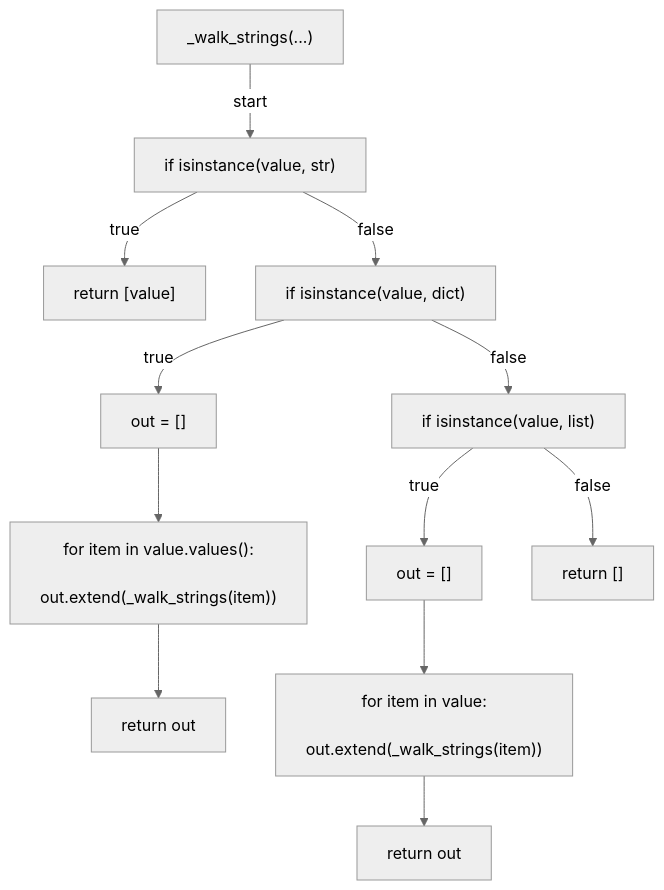
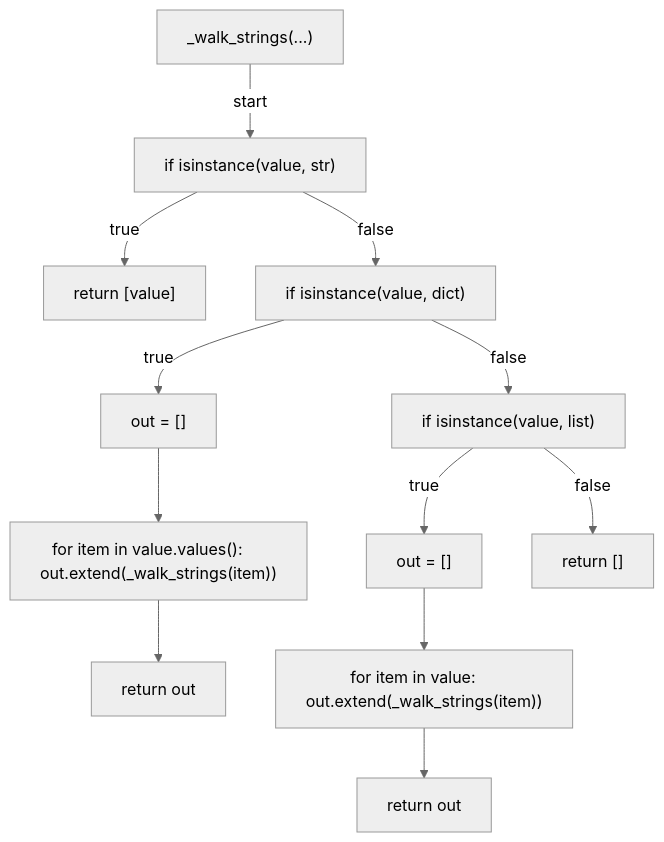
Before and after one commit to tvna/claude-md: the first of 11 diagrams in docs/generated/scripts/ast/ci_early_status_probe.md, drawn with Mermaid (neutral theme). The commit also changed other lines of this file and 20 other files, not shown here.

First line of the commit message:
docs(generated): regenerate decision tree and workflow diagrams (batch 1/5)

````diff
--- a/docs/generated/scripts/ast/ci_early_status_probe.md
+++ b/docs/generated/scripts/ast/ci_early_status_probe.md
@@ -7,28 +7,26 @@
 ```mermaid
 flowchart TD
     N001["_walk_strings(...)"]
     N002["if isinstance(value, str)"]
     N003["return [value]"]
     N004["if isinstance(value, dict)"]
     N005["out = []"]
-    N006["for item in value.values():
-    out.extend(_walk_strings(item))"]
+    N006["for item in value.values():     out.extend(_walk_strings(item))"]
     N007["return out"]
     N008["if isinstance(value, list)"]
     N009["out = []"]
-    N010["for item in value:
-    out.extend(_walk_strings(item))"]
+    N010["for item in value:     out.extend(_walk_strings(item))"]
     N011["return out"]
     N012["return []"]
     N001 -->|"start"| N002
     N002 -->|"true"| N003
     N002 -->|"false"| N004
     N004 -->|"true"| N005
     N005 --> N006
     N006 --> N007
     N004 -->|"false"| N008
     N008 -->|"true"| N009
     N009 --> N010
     N010 --> N011
     N008 -->|"false"| N012
 ```
````
